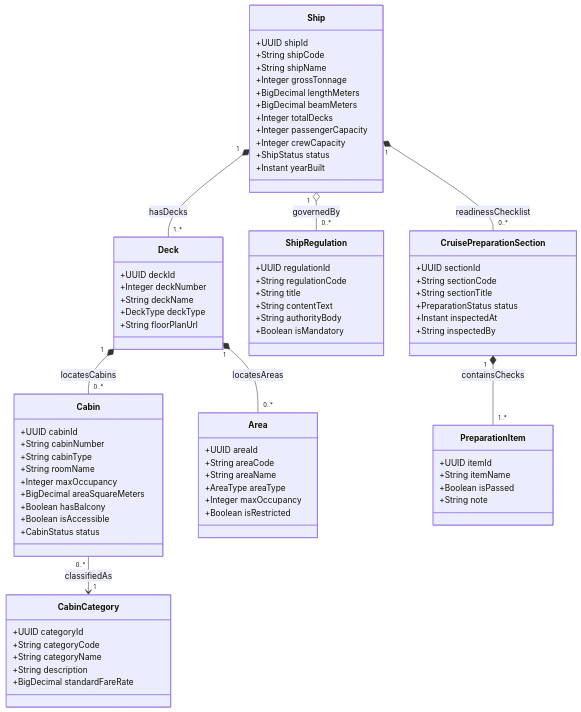
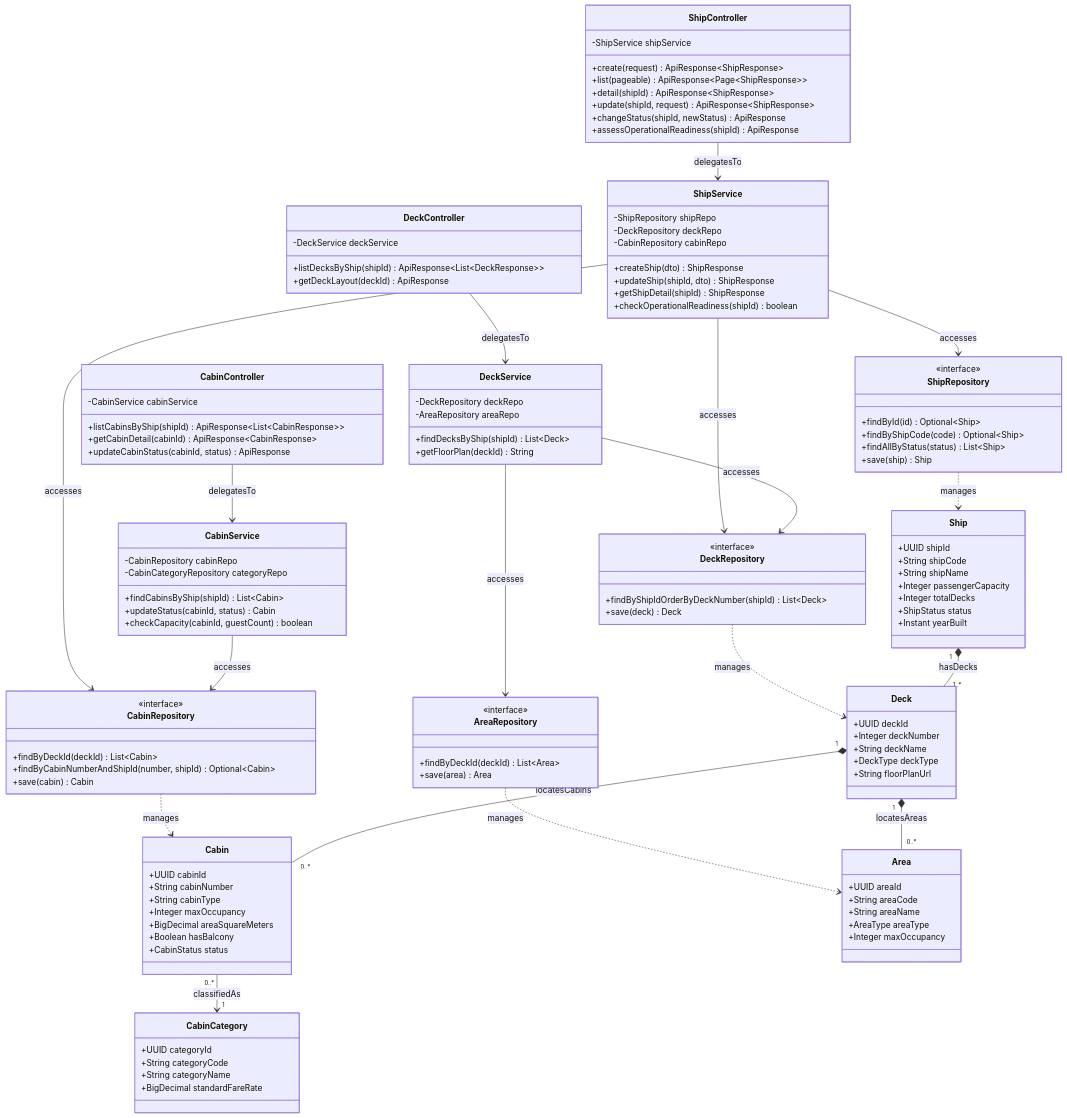
Before and after one commit to ShiroSs00/CASMS_Backend: the diagram in docs/class-diagrams/02-ship-infrastructure.md, drawn with Mermaid. The commit also changed other lines of this file and 13 other files, not shown here.

Commit message:
docs: enrich class diagrams with full 4-tier design (Controller, Service, Repository, Entity)

````diff
--- a/docs/class-diagrams/02-ship-infrastructure.md
+++ b/docs/class-diagrams/02-ship-infrastructure.md
@@ -8,16 +8,91 @@
 classDiagram
     direction TB
 
+    %% 1. Controller Layer
+    class ShipController {
+        -ShipService shipService
+        +create(request) ApiResponse~ShipResponse~
+        +list(pageable) ApiResponse~Page~ShipResponse~~
+        +detail(shipId) ApiResponse~ShipResponse~
+        +update(shipId, request) ApiResponse~ShipResponse~
+        +changeStatus(shipId, newStatus) ApiResponse
+        +assessOperationalReadiness(shipId) ApiResponse
+    }
+
+    class CabinController {
+        -CabinService cabinService
+        +listCabinsByShip(shipId) ApiResponse~List~CabinResponse~~
+        +getCabinDetail(cabinId) ApiResponse~CabinResponse~
+        +updateCabinStatus(cabinId, status) ApiResponse
+    }
+
+    class DeckController {
+        -DeckService deckService
+        +listDecksByShip(shipId) ApiResponse~List~DeckResponse~~
+        +getDeckLayout(deckId) ApiResponse
+    }
+
+    %% 2. Service Layer
+    class ShipService {
+        -ShipRepository shipRepo
+        -DeckRepository deckRepo
+        -CabinRepository cabinRepo
+        +createShip(dto) ShipResponse
+        +updateShip(shipId, dto) ShipResponse
+        +getShipDetail(shipId) ShipResponse
+        +checkOperationalReadiness(shipId) boolean
+    }
+
+    class CabinService {
+        -CabinRepository cabinRepo
+        -CabinCategoryRepository categoryRepo
+        +findCabinsByShip(shipId) List~Cabin~
+        +updateStatus(cabinId, status) Cabin
+        +checkCapacity(cabinId, guestCount) boolean
+    }
+
+    class DeckService {
+        -DeckRepository deckRepo
+        -AreaRepository areaRepo
+        +findDecksByShip(shipId) List~Deck~
+        +getFloorPlan(deckId) String
+    }
+
+    %% 3. Repository Layer
+    class ShipRepository {
+        <<interface>>
+        +findById(id) Optional~Ship~
+        +findByShipCode(code) Optional~Ship~
+        +findAllByStatus(status) List~Ship~
+        +save(ship) Ship
+    }
+
+    class CabinRepository {
+        <<interface>>
+        +findByDeckId(deckId) List~Cabin~
+        +findByCabinNumberAndShipId(number, shipId) Optional~Cabin~
+        +save(cabin) Cabin
+    }
+
+    class DeckRepository {
+        <<interface>>
+        +findByShipIdOrderByDeckNumber(shipId) List~Deck~
+        +save(deck) Deck
+    }
+
+    class AreaRepository {
+        <<interface>>
+        +findByDeckId(deckId) List~Area~
+        +save(area) Area
+    }
+
+    %% 4. Entity Layer
     class Ship {
         +UUID shipId
         +String shipCode
         +String shipName
-        +Integer grossTonnage
-        +BigDecimal lengthMeters
-        +BigDecimal beamMeters
+        +Integer passengerCapacity
         +Integer totalDecks
-        +Integer passengerCapacity
-        +Integer crewCapacity
         +ShipStatus status
         +Instant yearBuilt
     }
@@ -34,11 +109,9 @@
         +UUID cabinId
         +String cabinNumber
         +String cabinType
-        +String roomName
         +Integer maxOccupancy
         +BigDecimal areaSquareMeters
         +Boolean hasBalcony
-        +Boolean isAccessible
         +CabinStatus status
     }
 
@@ -46,7 +119,6 @@
         +UUID categoryId
         +String categoryCode
         +String categoryName
-        +String description
         +BigDecimal standardFareRate
     }
 
@@ -56,40 +128,27 @@
         +String areaName
         +AreaType areaType
         +Integer maxOccupancy
-        +Boolean isRestricted
     }
 
-    class ShipRegulation {
-        +UUID regulationId
-        +String regulationCode
-        +String title
-        +String contentText
-        +String authorityBody
-        +Boolean isMandatory
-    }
+    %% Inter-Layer and Domain Relationships
+    ShipController --> ShipService : delegatesTo
+    CabinController --> CabinService : delegatesTo
+    DeckController --> DeckService : delegatesTo
 
-    class CruisePreparationSection {
-        +UUID sectionId
-        +String sectionCode
-        +String sectionTitle
-        +PreparationStatus status
-        +Instant inspectedAt
-        +String inspectedBy
-    }
+    ShipService --> ShipRepository : accesses
+    ShipService --> DeckRepository : accesses
+    ShipService --> CabinRepository : accesses
+    CabinService --> CabinRepository : accesses
+    DeckService --> DeckRepository : accesses
+    DeckService --> AreaRepository : accesses
 
-    class PreparationItem {
-        +UUID itemId
-        +String itemName
-        +Boolean isPassed
-        +String note
-    }
+    ShipRepository ..> Ship : manages
+    DeckRepository ..> Deck : manages
+    CabinRepository ..> Cabin : manages
+    AreaRepository ..> Area : manages
 
-    %% Relationships
     Ship "1" *-- "1..*" Deck : hasDecks
     Deck "1" *-- "0..*" Cabin : locatesCabins
     Deck "1" *-- "0..*" Area : locatesAreas
     Cabin "0..*" --> "1" CabinCategory : classifiedAs
-    Ship "1" o-- "0..*" ShipRegulation : governedBy
-    Ship "1" *-- "0..*" CruisePreparationSection : readinessChecklist
-    CruisePreparationSection "1" *-- "1..*" PreparationItem : containsChecks
 ```
````
